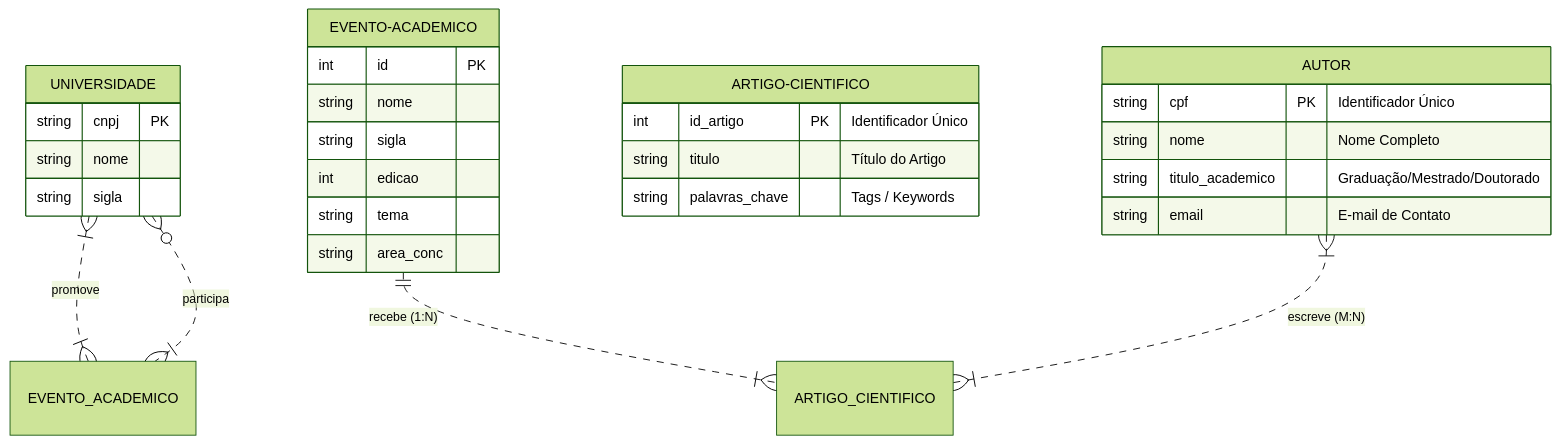
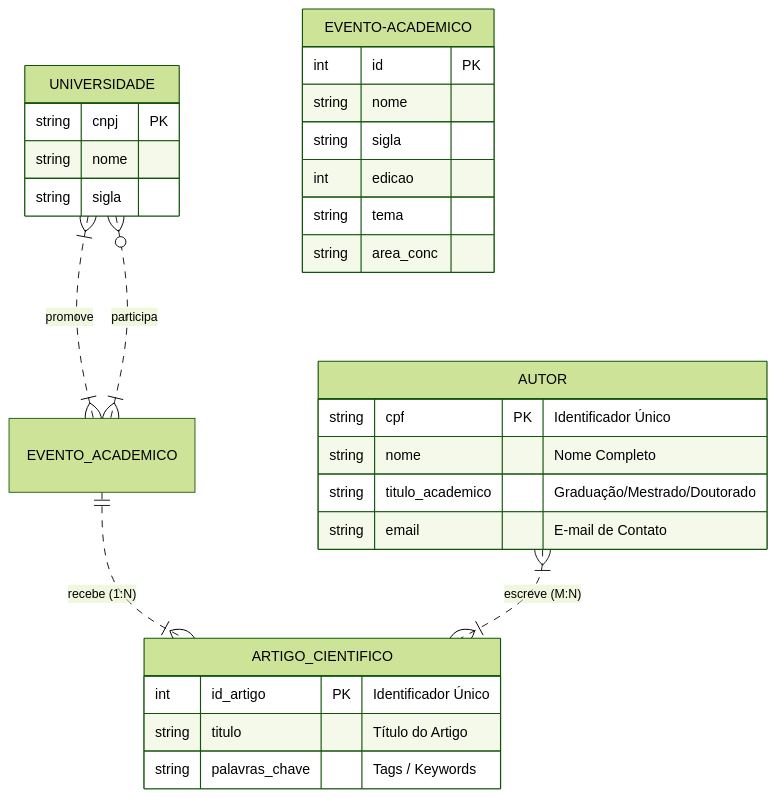
Before and after one commit to SuzanaBTI/Banco_de_Dados_UNIVESP: the second of 3 diagrams in S1_Modelo_Conceitual/README.md, drawn with Mermaid (forest theme).

````diff
--- a/S1_Modelo_Conceitual/README.md
+++ b/S1_Modelo_Conceitual/README.md
@@ -52,32 +52,32 @@
 ```mermaid
 erDiagram
     UNIVERSIDADE {
         string cnpj PK
         string nome
         string sigla
     }
     EVENTO-ACADEMICO {
         int id PK
         string nome
         string sigla
         int edicao
         string tema
         string area_conc
     }
-    ARTIGO-CIENTIFICO {
+    ARTIGO_CIENTIFICO {
         int id_artigo PK "Identificador Único"
         string titulo "Título do Artigo"
         string palavras_chave "Tags / Keywords"
     }
     AUTOR {
         string cpf PK "Identificador Único"
         string nome "Nome Completo"
         string titulo_academico "Graduação/Mestrado/Doutorado"
         string email "E-mail de Contato"
     }
 
     UNIVERSIDADE }|..|{ EVENTO_ACADEMICO : "promove"
     UNIVERSIDADE }o..|{ EVENTO_ACADEMICO : "participa"
-    EVENTO-ACADEMICO ||..|{ ARTIGO_CIENTIFICO : "recebe (1:N)"
+    EVENTO_ACADEMICO ||..|{ ARTIGO_CIENTIFICO : "recebe (1:N)"
     AUTOR }|..|{ ARTIGO_CIENTIFICO : "escreve (M:N)"
 ```
````
